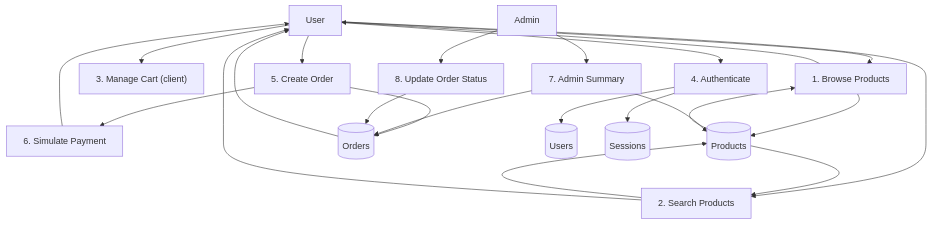
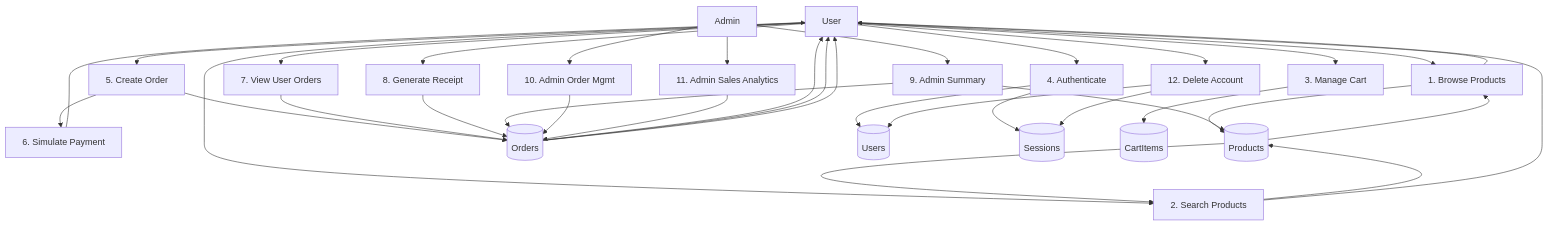
The fourth of 4 diagrams in README.md (reysiregar/JewelryCommerce), drawn with Mermaid before and after one commit. The commit also changed other lines of this file and 8 other files, not shown here.

First line of the commit message:
feat: add user order management and purchase history features

````diff
--- a/README.md
+++ b/README.md
@@ -342,29 +391,39 @@
 ```mermaid
 flowchart TB
   U[User]
   A[Admin]
   P1["1. Browse Products"]
   P2["2. Search Products"]
-  P3["3. Manage Cart (client)"]
+  P3["3. Manage Cart"]
   P4["4. Authenticate"]
   P5["5. Create Order"]
   P6["6. Simulate Payment"]
-  P7["7. Admin Summary"]
-  P8["8. Update Order Status"]
+  P7["7. View User Orders"]
+  P8["8. Generate Receipt"]
+  P9["9. Admin Summary"]
+  P10["10. Admin Order Mgmt"]
+  P11["11. Admin Sales Analytics"]
+  P12["12. Delete Account"]
 
   D1[(Products)]
   D2[(Orders)]
   D3[(Users)]
   D4[(Sessions)]
+  D5[(CartItems)]
 
   U --> P1 --> D1 --> P1 --> U
   U --> P2 --> D1 --> P2 --> U
-  U --> P3
+  U --> P3 --> D5
   U --> P4 --> D3
   P4 --> D4
   U --> P5 --> D2 --> U
   P5 --> P6 --> U
-  A --> P7 --> D1
-  P7 --> D2
-  A --> P8 --> D2
+  U --> P7 --> D2 --> U
+  U --> P8 --> D2 --> U
+  A --> P9 --> D1
+  P9 --> D2
+  A --> P10 --> D2
+  A --> P11 --> D2
+  U --> P12 --> D3
+  P12 --> D4
 ```
````
